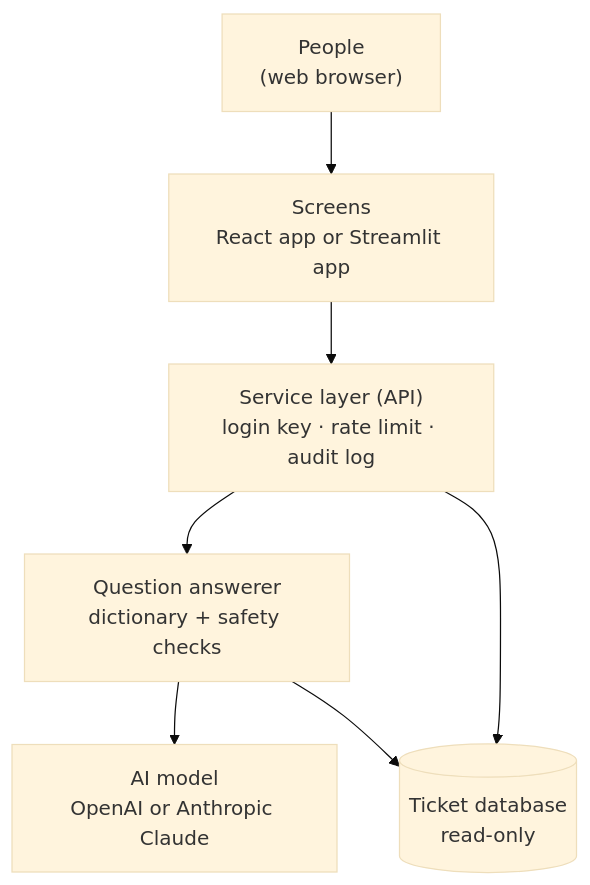
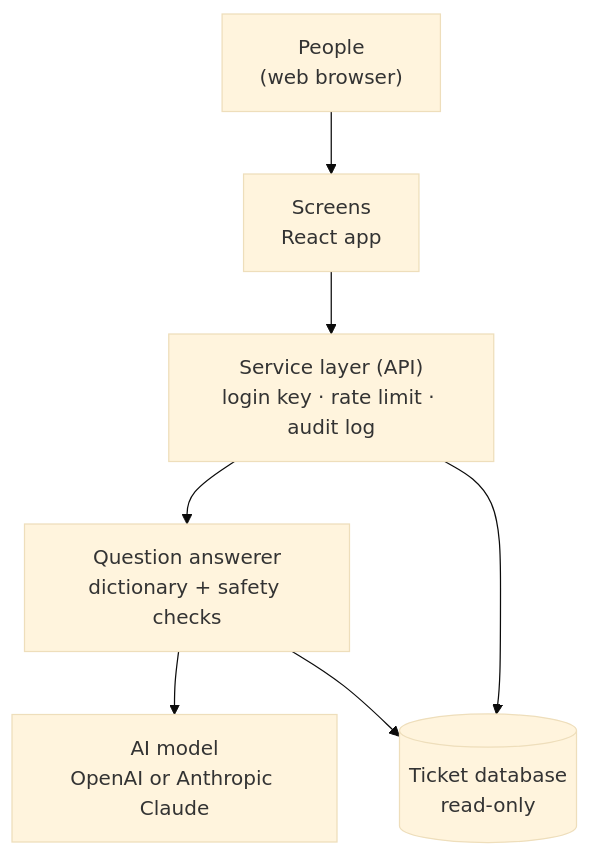
Before and after one commit to Mital-Bhalani/itsm-nl2sql-platform: the second of 2 diagrams in README.md, drawn with Mermaid (base theme). The commit also changed other lines of this file and 81 other files, not shown here.

````diff
--- a/README.md
+++ b/README.md
@@ -38,9 +40,9 @@
 ```mermaid
 flowchart TB
-    U["People<br/>(web browser)"] --> W["Screens<br/>React app or Streamlit app"]
+    U["People<br/>(web browser)"] --> W["Screens<br/>React app"]
     W --> API["Service layer (API)<br/>login key · rate limit · audit log"]
     API --> AG["Question answerer<br/>dictionary + safety checks"]
     AG --> LLM["AI model<br/>OpenAI or Anthropic Claude"]
     AG --> DB[("Ticket database<br/>read-only")]
     API --> DB
 ```
````
